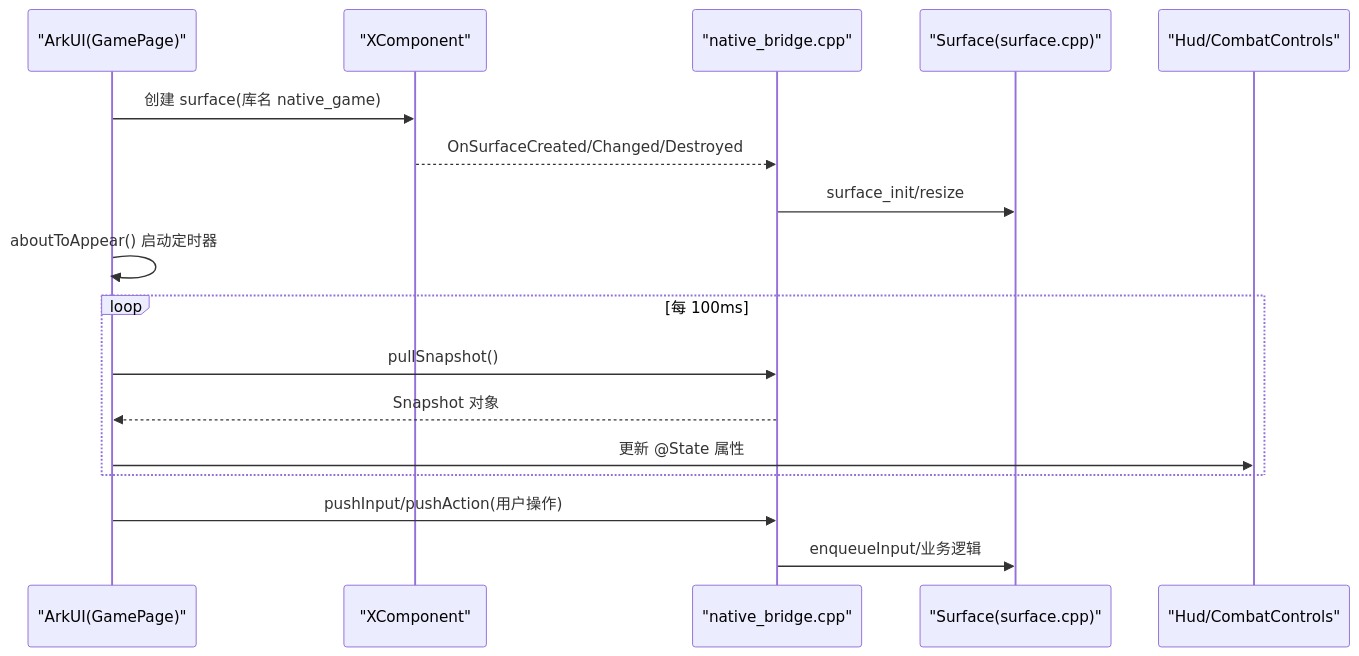
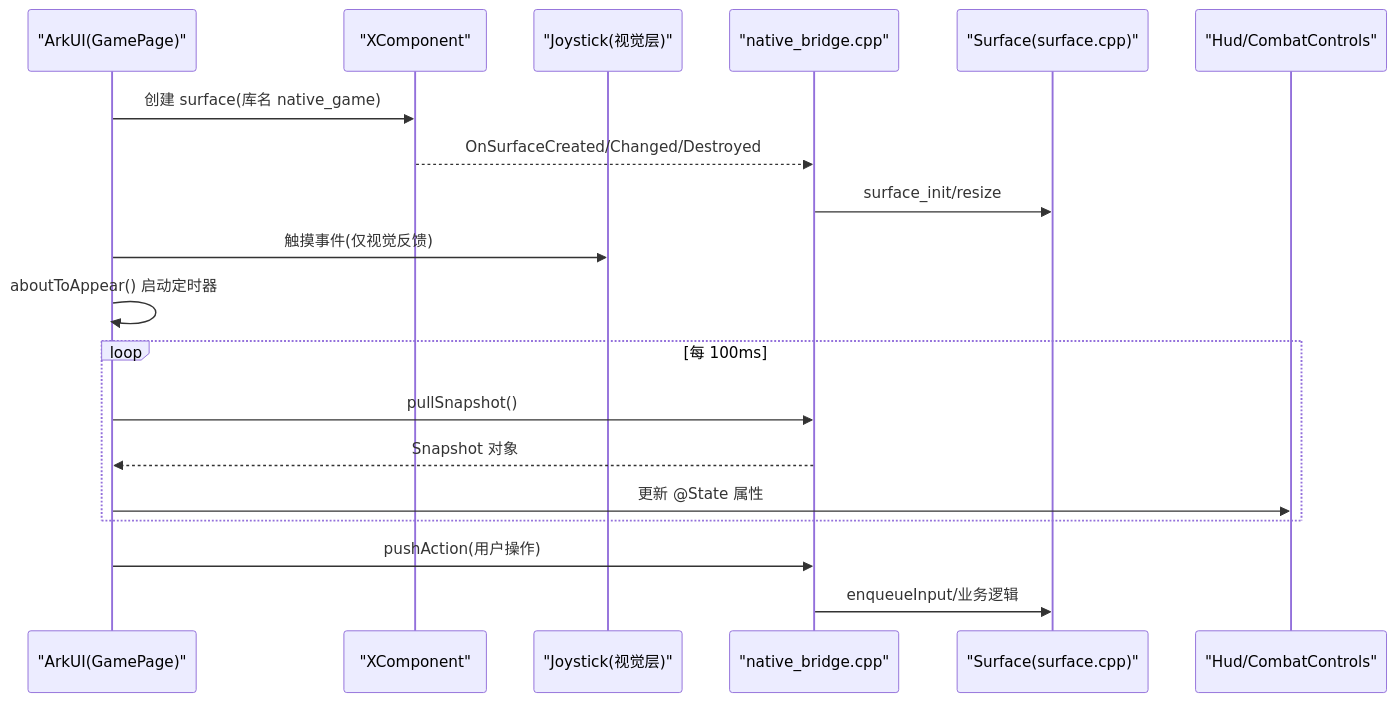
Before and after one commit to sj123sheng/my-world: the second of 6 diagrams in .qoder/repowiki/zh/content/前端界面系统/主界面与页面管理.md, drawn with Mermaid. The commit also changed other lines of this file and 28 other files, not shown here.

````diff
--- a/.qoder/repowiki/zh/content/前端界面系统/主界面与页面管理.md
+++ b/.qoder/repowiki/zh/content/前端界面系统/主界面与页面管理.md
@@ -74,19 +88,21 @@
 ```mermaid
 sequenceDiagram
 participant UA as "ArkUI(GamePage)"
 participant XC as "XComponent"
+participant JS as "Joystick(视觉层)"
 participant NB as "native_bridge.cpp"
 participant SL as "Surface(surface.cpp)"
 participant UI as "Hud/CombatControls"
 UA->>XC : 创建 surface(库名 native_game)
 XC-->>NB : OnSurfaceCreated/Changed/Destroyed
 NB->>SL : surface_init/resize
+UA->>JS : 触摸事件(仅视觉反馈)
 UA->>UA : aboutToAppear() 启动定时器
 loop 每 100ms
 UA->>NB : pullSnapshot()
 NB-->>UA : Snapshot 对象
 UA->>UI : 更新 @State 属性
 end
-UA->>NB : pushInput/pushAction(用户操作)
+UA->>NB : pushAction(用户操作)
 NB->>SL : enqueueInput/业务逻辑
 ```
````
